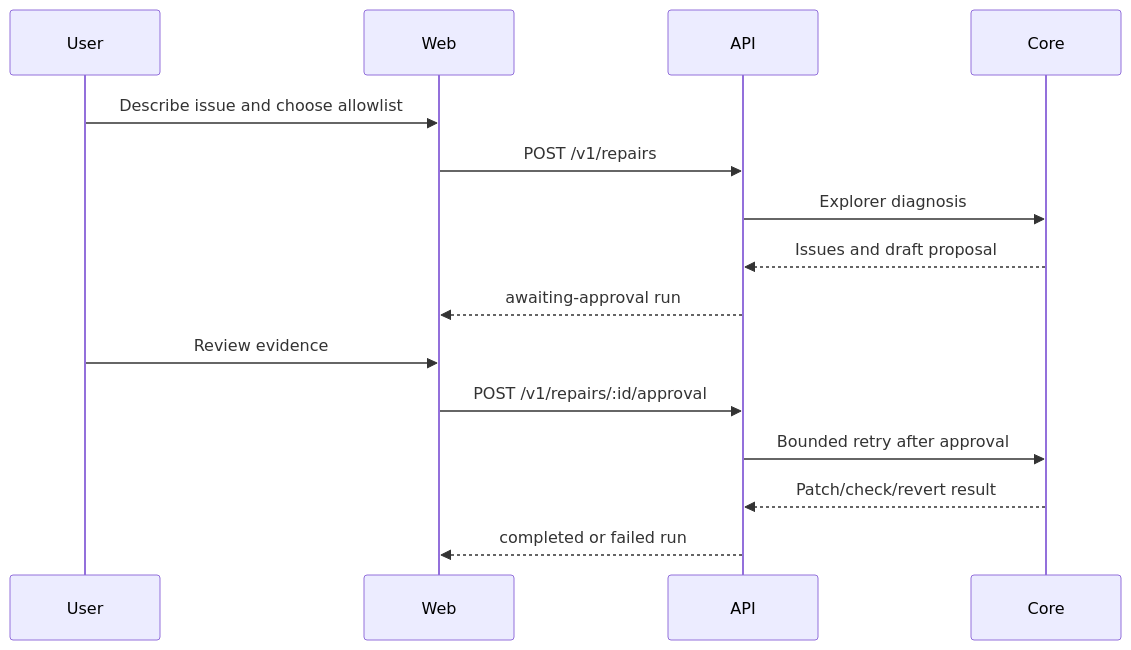
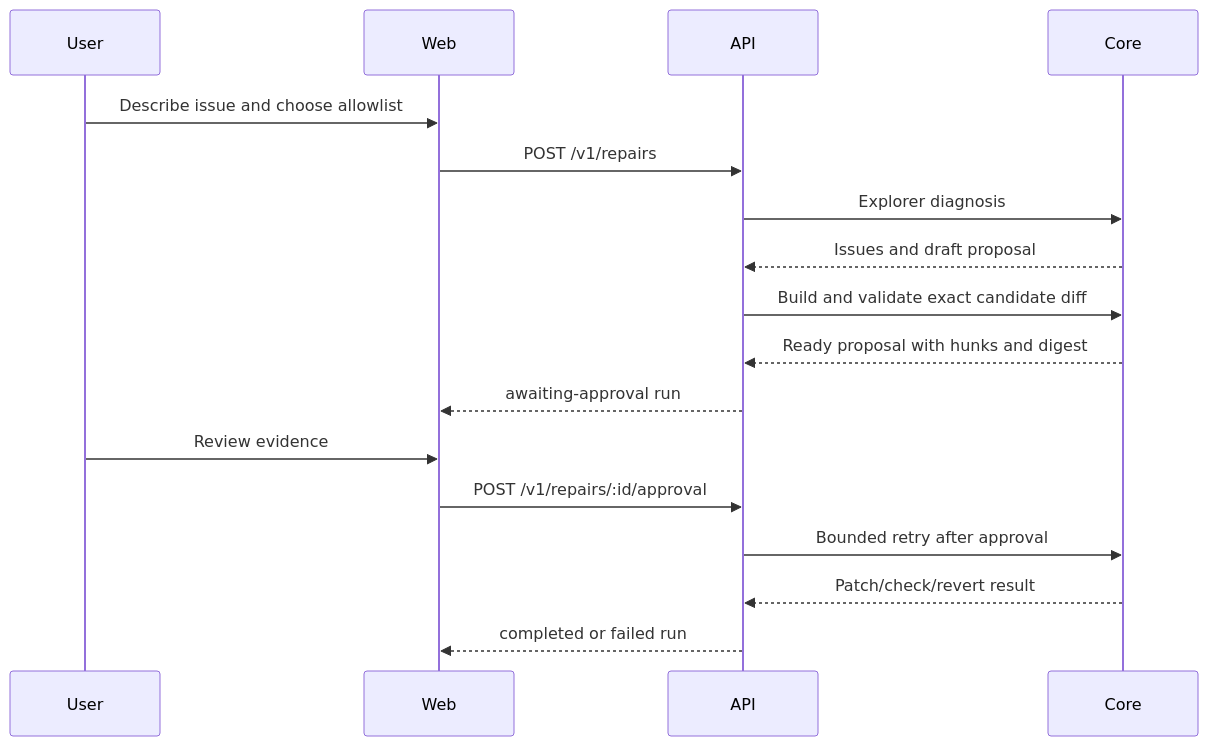
Before and after one commit to JasonTM17/RepoMedic_AI: the second of 2 diagrams in docs/architecture.md, drawn with Mermaid. The commit also changed other lines of this file and 15 other files, not shown here.

````diff
--- a/docs/architecture.md
+++ b/docs/architecture.md
@@ -81,17 +83,19 @@
 ```mermaid
 sequenceDiagram
     participant User
     participant Web
     participant API
     participant Core
     User->>Web: Describe issue and choose allowlist
     Web->>API: POST /v1/repairs
     API->>Core: Explorer diagnosis
     Core-->>API: Issues and draft proposal
+    API->>Core: Build and validate exact candidate diff
+    Core-->>API: Ready proposal with hunks and digest
     API-->>Web: awaiting-approval run
     User->>Web: Review evidence
     Web->>API: POST /v1/repairs/:id/approval
     API->>Core: Bounded retry after approval
     Core-->>API: Patch/check/revert result
     API-->>Web: completed or failed run
 ```
````
